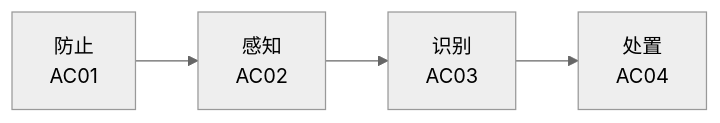
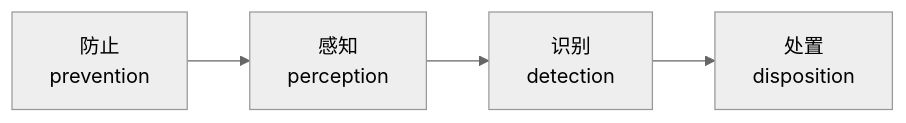
Before and after one commit to JDArmy/BREAK: the diagram in docs/zh-CN/02-defender-guide.md, drawn with Mermaid (neutral theme). The commit also changed other lines of this file and 288 other files, not shown here.

````diff
--- a/docs/zh-CN/02-defender-guide.md
+++ b/docs/zh-CN/02-defender-guide.md
@@ -38,4 +38,4 @@
 ```mermaid
 flowchart LR
-  P["防止<br/>AC01"] --> S["感知<br/>AC02"] --> I["识别<br/>AC03"] --> D["处置<br/>AC04"]
+  P["防止<br/>prevention"] --> S["感知<br/>perception"] --> I["识别<br/>detection"] --> D["处置<br/>disposition"]
 ```
````
